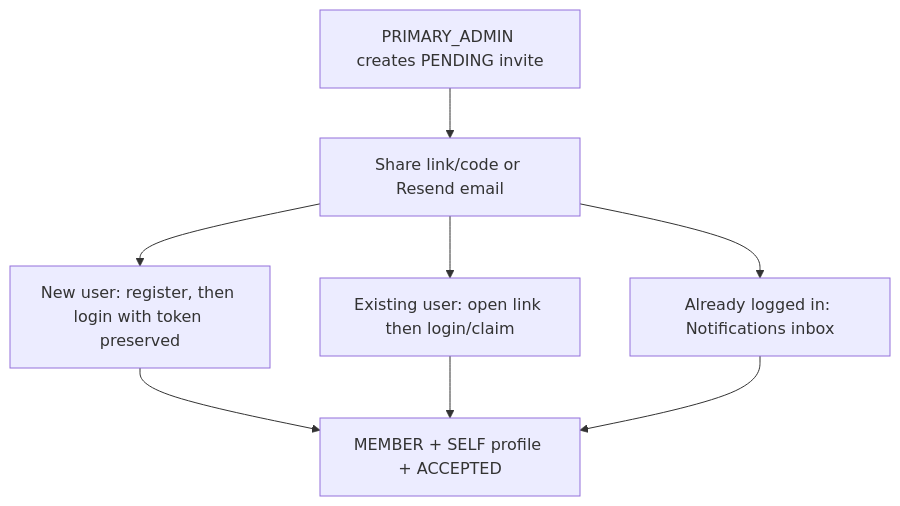
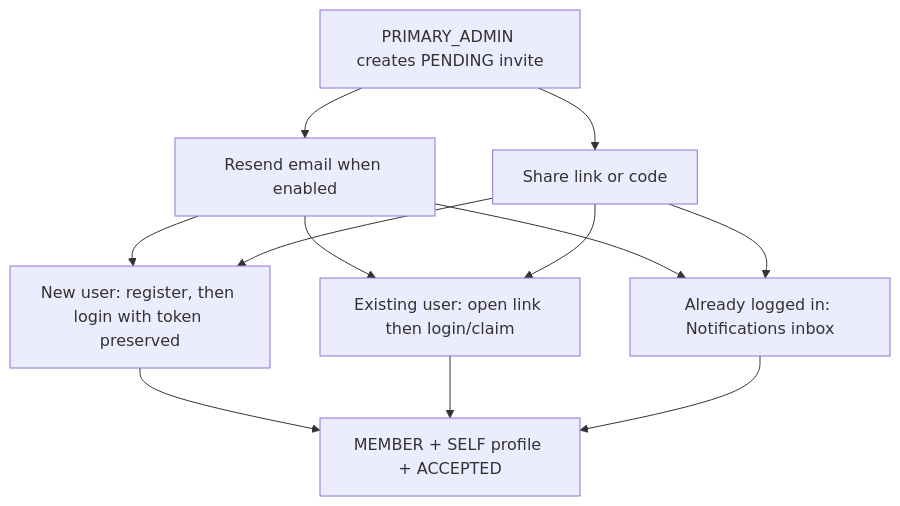
Before and after one commit to CanMakan-Team/CanMakan: the diagram in docs/api/families.md, drawn with Mermaid. The commit also changed other lines of this file and 17 other files, not shown here.

````diff
--- a/docs/api/families.md
+++ b/docs/api/families.md
@@ -302,10 +302,14 @@
 ```mermaid
 flowchart TD
-  Admin[PRIMARY_ADMIN creates PENDING invite] --> Share[Share link/code or Resend email]
-  Share --> PathA[New user: register, then login with token preserved]
-  Share --> PathB[Existing user: open link then login/claim]
-  Share --> PathC[Already logged in: Notifications inbox]
+  Admin[PRIMARY_ADMIN creates PENDING invite] --> Email[Resend email when enabled]
+  Admin --> Share[Share link or code]
+  Email --> PathA[New user: register, then login with token preserved]
+  Share --> PathA
+  Email --> PathB[Existing user: open link then login/claim]
+  Share --> PathB
+  Email --> PathC[Already logged in: Notifications inbox]
+  Share --> PathC
   PathA --> Join[MEMBER + SELF profile + ACCEPTED]
   PathB --> Join
   PathC --> Join
 ```
````
